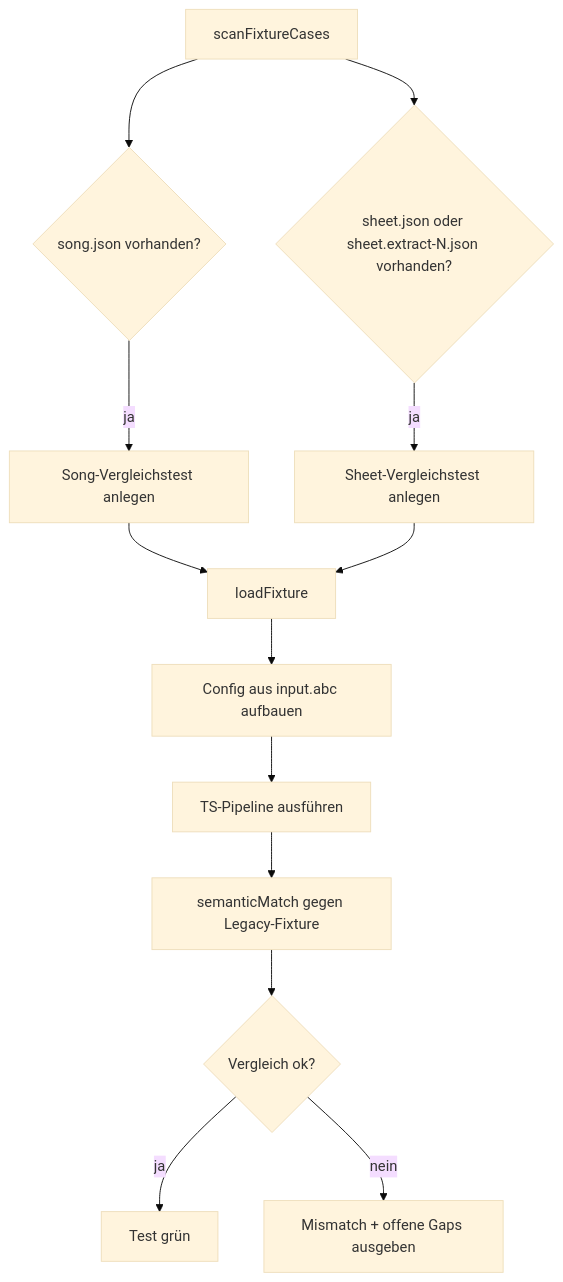
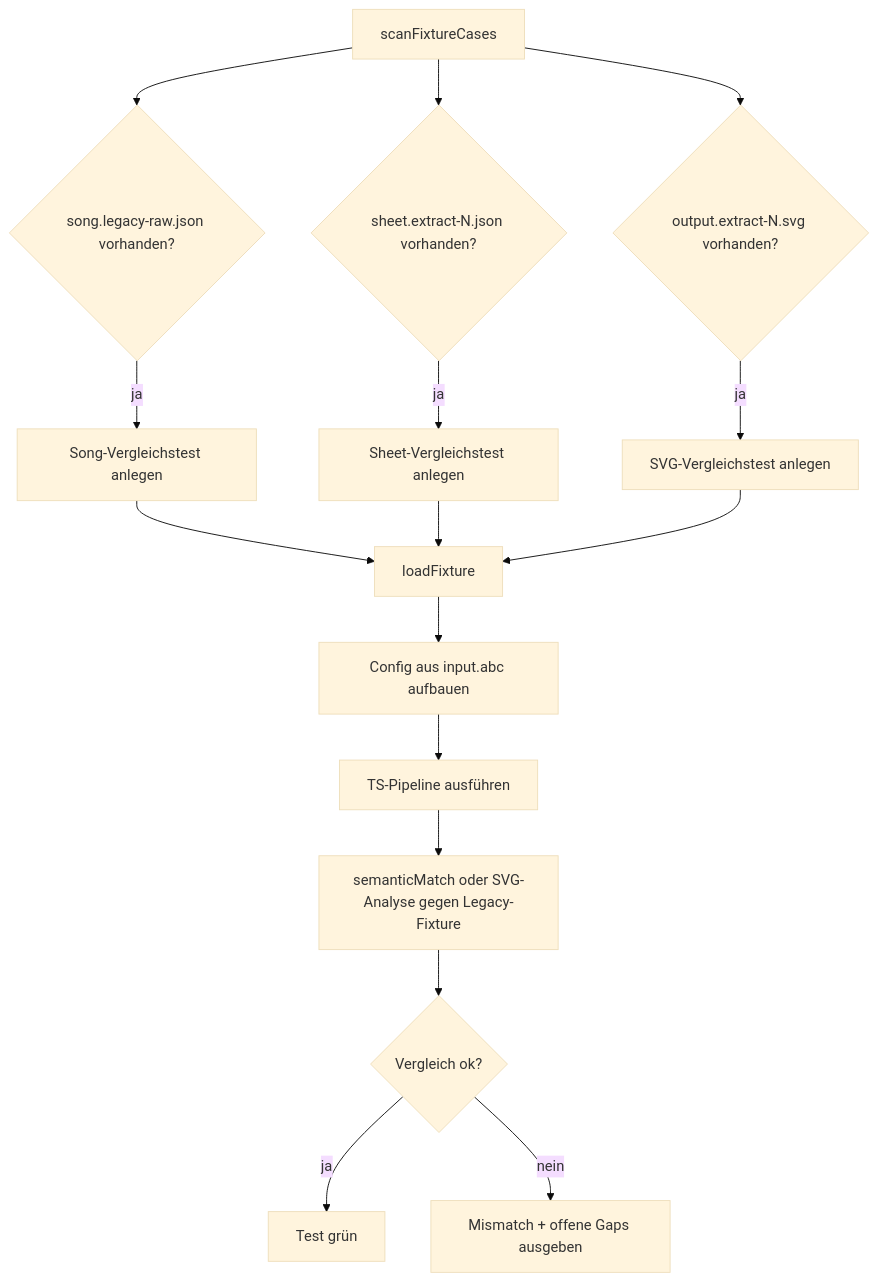
Before and after one commit to bwl21/zupfnoter-ts: the first of 5 diagrams in docs/testing/fixture-driven-testing.md, drawn with Mermaid (base theme). The commit also changed other lines of this file and 113 other files, not shown here.

````diff
--- a/docs/testing/fixture-driven-testing.md
+++ b/docs/testing/fixture-driven-testing.md
@@ -74,15 +75,18 @@
 ```mermaid
 flowchart TD
-  A[scanFixtureCases] --> B{song.json vorhanden?}
-  A --> C{sheet.json oder sheet.extract-N.json vorhanden?}
-  B -->|ja| D[Song-Vergleichstest anlegen]
-  C -->|ja| E[Sheet-Vergleichstest anlegen]
-  D --> F[loadFixture]
-  E --> F
-  F --> G[Config aus input.abc aufbauen]
-  G --> H[TS-Pipeline ausführen]
-  H --> I[semanticMatch gegen Legacy-Fixture]
-  I --> J{Vergleich ok?}
-  J -->|ja| K[Test grün]
-  J -->|nein| L[Mismatch + offene Gaps ausgeben]
+  A[scanFixtureCases] --> B{song.legacy-raw.json vorhanden?}
+  A --> C{sheet.extract-N.json vorhanden?}
+  A --> D{output.extract-N.svg vorhanden?}
+  B -->|ja| E[Song-Vergleichstest anlegen]
+  C -->|ja| F[Sheet-Vergleichstest anlegen]
+  D -->|ja| G[SVG-Vergleichstest anlegen]
+  E --> H[loadFixture]
+  F --> H
+  G --> H
+  H --> I[Config aus input.abc aufbauen]
+  I --> J[TS-Pipeline ausführen]
+  J --> K[semanticMatch oder SVG-Analyse gegen Legacy-Fixture]
+  K --> L{Vergleich ok?}
+  L -->|ja| M[Test grün]
+  L -->|nein| N[Mismatch + offene Gaps ausgeben]
 ```
````
